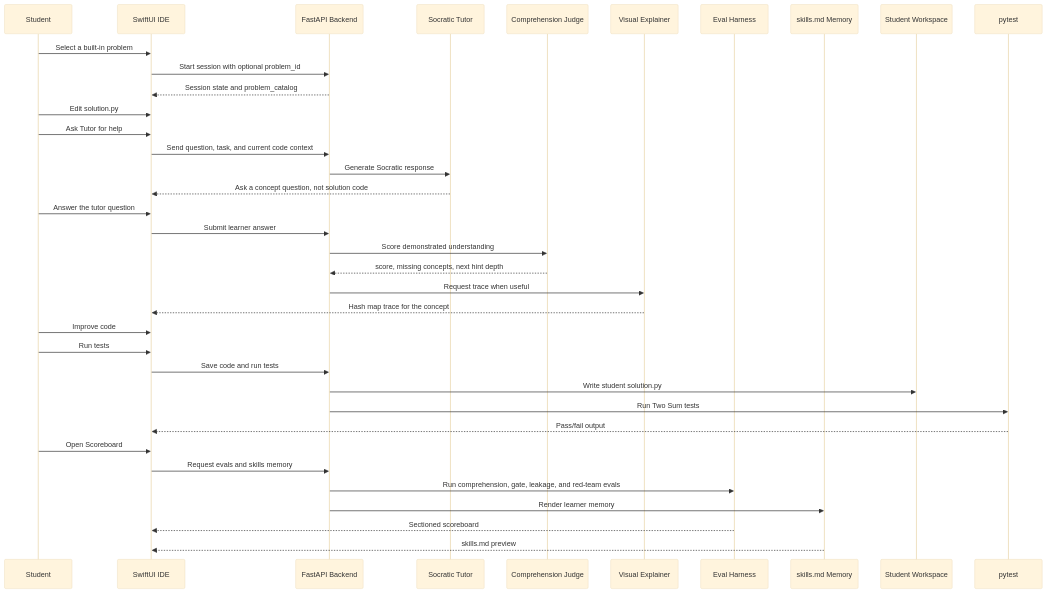
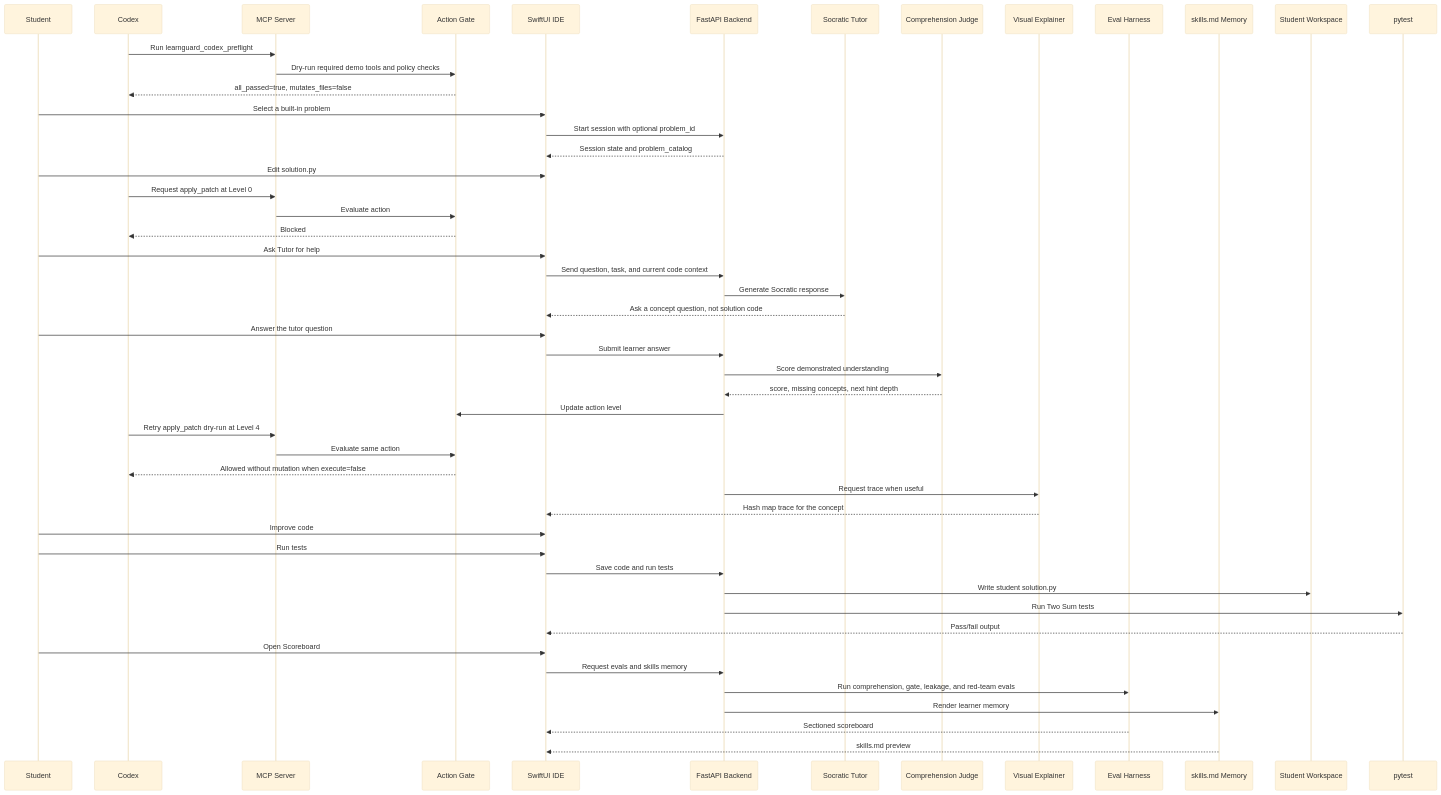
One commit to minchiaHuang/LearnGuard changed the second of 3 diagrams in ARCHITECTURE.md. Above: the diagram before and after it, drawn with Mermaid (base theme). The commit also changed other lines of this file and 11 other files, not shown here.

Commit message:
feat(demo): add MCP proof surface

````diff
--- a/ARCHITECTURE.md
+++ b/ARCHITECTURE.md
@@ -58,40 +64,53 @@
 ```mermaid
 sequenceDiagram
     participant Student
+    participant Codex
+    participant MCP as MCP Server
+    participant Gate as Action Gate
     participant App as SwiftUI IDE
     participant API as FastAPI Backend
     participant Tutor as Socratic Tutor
     participant Judge as Comprehension Judge
     participant Visual as Visual Explainer
     participant Evals as Eval Harness
     participant Skills as skills.md Memory
     participant Repo as Student Workspace
     participant Tests as pytest
 
+    Codex->>MCP: Run learnguard_codex_preflight
+    MCP->>Gate: Dry-run required demo tools and policy checks
+    Gate-->>Codex: all_passed=true, mutates_files=false
     Student->>App: Select a built-in problem
     App->>API: Start session with optional problem_id
     API-->>App: Session state and problem_catalog
     Student->>App: Edit solution.py
+    Codex->>MCP: Request apply_patch at Level 0
+    MCP->>Gate: Evaluate action
+    Gate-->>Codex: Blocked
     Student->>App: Ask Tutor for help
     App->>API: Send question, task, and current code context
     API->>Tutor: Generate Socratic response
     Tutor-->>App: Ask a concept question, not solution code
     Student->>App: Answer the tutor question
     App->>API: Submit learner answer
     API->>Judge: Score demonstrated understanding
     Judge-->>API: score, missing concepts, next hint depth
+    API->>Gate: Update action level
+    Codex->>MCP: Retry apply_patch dry-run at Level 4
+    MCP->>Gate: Evaluate same action
+    Gate-->>Codex: Allowed without mutation when execute=false
     API->>Visual: Request trace when useful
     Visual-->>App: Hash map trace for the concept
     Student->>App: Improve code
     Student->>App: Run tests
     App->>API: Save code and run tests
     API->>Repo: Write student solution.py
     API->>Tests: Run Two Sum tests
     Tests-->>App: Pass/fail output
     Student->>App: Open Scoreboard
     App->>API: Request evals and skills memory
     API->>Evals: Run comprehension, gate, leakage, and red-team evals
     API->>Skills: Render learner memory
     Evals-->>App: Sectioned scoreboard
     Skills-->>App: skills.md preview
 ```
````
